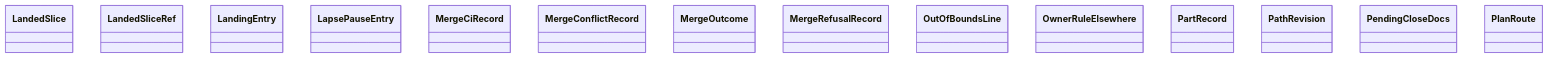
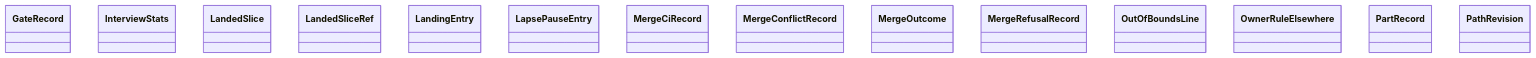
Before and after one commit to GonzaloZevallos/agentic-system: the diagram in docs/architecture/generated/classes-process-domain-state-5.md, drawn with Mermaid. The commit also changed other lines of this file and 15 other files, not shown here.

Commit message:
Regenerate architecture pages and cluster domain.lead_time

````diff
--- a/docs/architecture/generated/classes-process-domain-state-5.md
+++ b/docs/architecture/generated/classes-process-domain-state-5.md
@@ -24,17 +24,17 @@
 ```mermaid
 classDiagram
+    class task__GateRecord["GateRecord"]
+    class task__InterviewStats["InterviewStats"]
     class task__LandedSlice["LandedSlice"]
     class task__LandedSliceRef["LandedSliceRef"]
     class task__LandingEntry["LandingEntry"]
     class task__LapsePauseEntry["LapsePauseEntry"]
     class task__MergeCiRecord["MergeCiRecord"]
     class task__MergeConflictRecord["MergeConflictRecord"]
     class task__MergeOutcome["MergeOutcome"]
     class task__MergeRefusalRecord["MergeRefusalRecord"]
     class task__OutOfBoundsLine["OutOfBoundsLine"]
     class task__OwnerRuleElsewhere["OwnerRuleElsewhere"]
     class task__PartRecord["PartRecord"]
     class task__PathRevision["PathRevision"]
-    class task__PendingCloseDocs["PendingCloseDocs"]
-    class task__PlanRoute["PlanRoute"]
 ```
````
